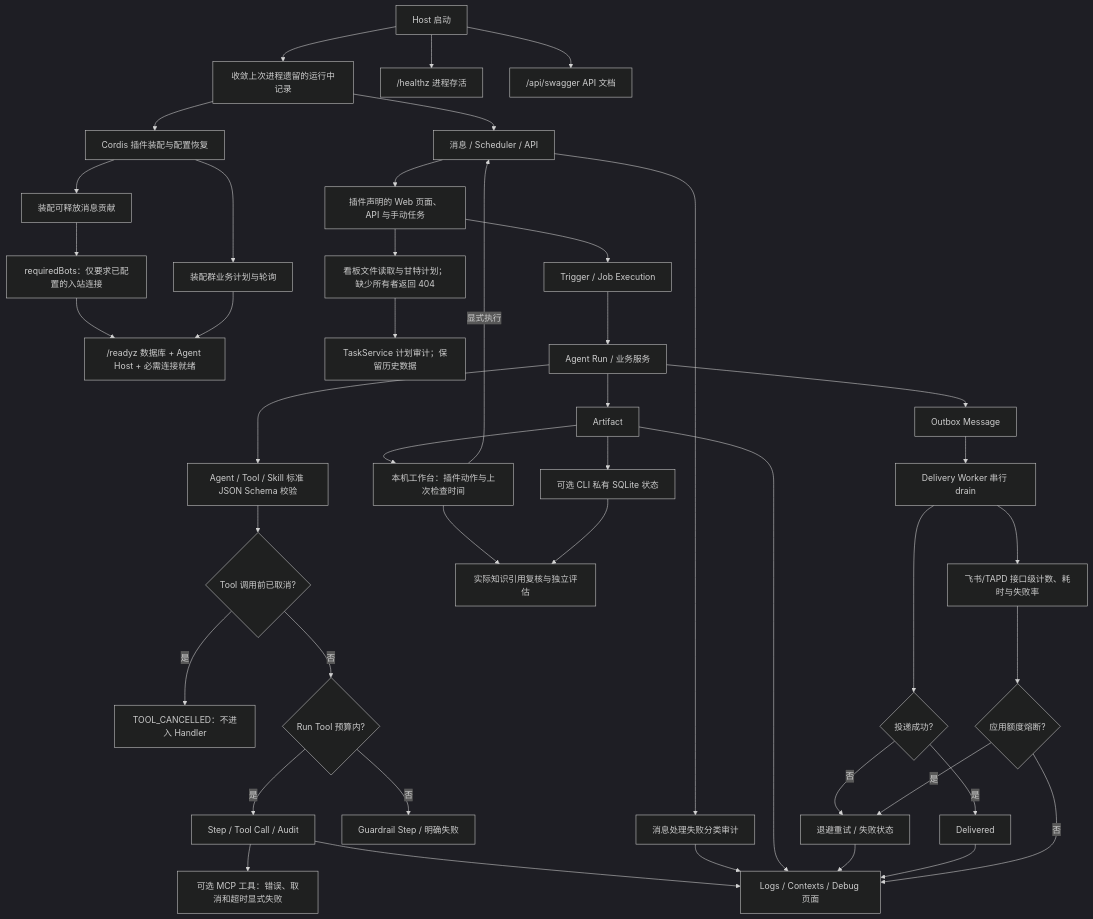
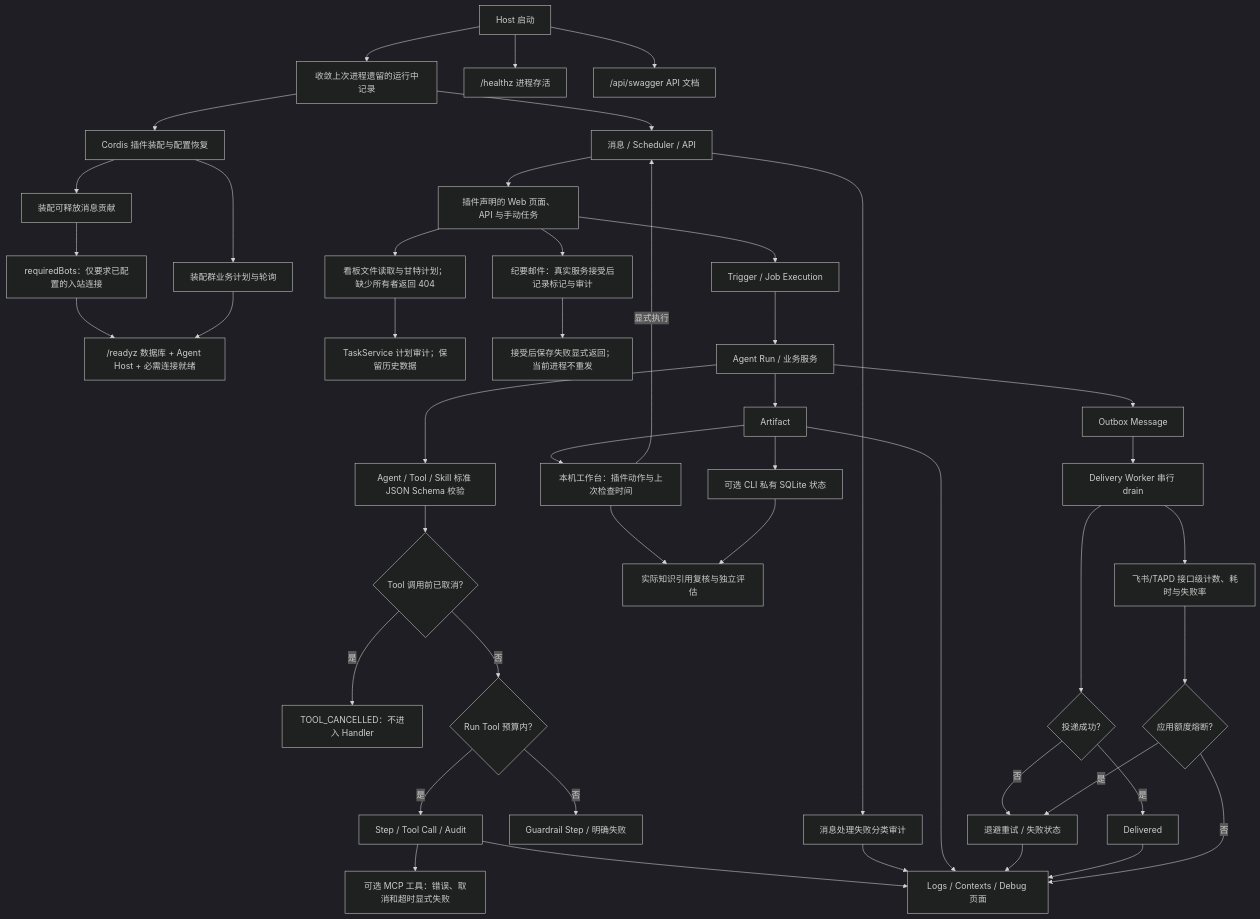
The diagram in backend/src/platform/runtime/FEATURE.md (KlayPeter/AI-Delivery-Ops-Agent), drawn with Mermaid (dark theme) before and after one commit. The commit also changed 32 other files, not shown here.

````diff
--- a/backend/src/platform/runtime/FEATURE.md
+++ b/backend/src/platform/runtime/FEATURE.md
@@ -21,46 +21,48 @@
 ```mermaid
 flowchart TD
     R["Host 启动"] --> S["收敛上次进程遗留的运行中记录"]
     R --> Q["/healthz 进程存活"]
     R --> OAPI["/api/swagger API 文档"]
     S --> P["Cordis 插件装配与配置恢复"]
     P --> MR["装配可释放消息贡献"]
     MR --> BC["requiredBots：仅要求已配置的入站连接"]
     BC --> Z["/readyz 数据库 + Agent Host + 必需连接就绪"]
     P --> SJ[装配群业务计划与轮询]
     SJ --> Z
     S --> A["消息 / Scheduler / API"]
     A --> WOWN[插件声明的 Web 页面、API 与手动任务]
     WOWN --> PV[看板文件读取与甘特计划；缺少所有者返回 404]
     PV --> PA[TaskService 计划审计；保留历史数据]
+    WOWN --> EMAIL[纪要邮件：真实服务接受后记录标记与审计]
+    EMAIL --> UNCERTAIN[接受后保存失败显式返回；当前进程不重发]
     WOWN --> B["Trigger / Job Execution"]
     B --> C["Agent Run / 业务服务"]
     C --> SC[Agent / Tool / Skill 标准 JSON Schema 校验]
     SC --> TC{"Tool 调用前已取消?"}
     D --> MCP[可选 MCP 工具：错误、取消和超时显式失败]
     TC -- 是 --> TR["TOOL_CANCELLED：不进入 Handler"]
     TC -- 否 --> L{"Run Tool 预算内?"}
     L -- 是 --> D["Step / Tool Call / Audit"]
     L -- 否 --> M["Guardrail Step / 明确失败"]
     C --> E["Artifact"]
     C --> F["Outbox Message"]
     F --> G["Delivery Worker 串行 drain"]
     G --> H{"投递成功?"}
     H -- 否 --> I["退避重试 / 失败状态"]
     H -- 是 --> J["Delivered"]
     D --> K["Logs / Contexts / Debug 页面"]
     A --> X["消息处理失败分类审计"]
     X --> K
     E --> WA[本机工作台：插件动作与上次检查时间]
     WA -- 显式执行 --> A
     WA --> IC
     E --> KS[可选 CLI 私有 SQLite 状态]
     KS --> IC[实际知识引用复核与独立评估]
     E --> K
     I --> K
     J --> K
     G --> Y["飞书/TAPD 接口级计数、耗时与失败率"]
     Y --> Z1{"应用额度熔断?"}
     Z1 -- "是" --> I
     Z1 -- "否" --> K
 ```
````
